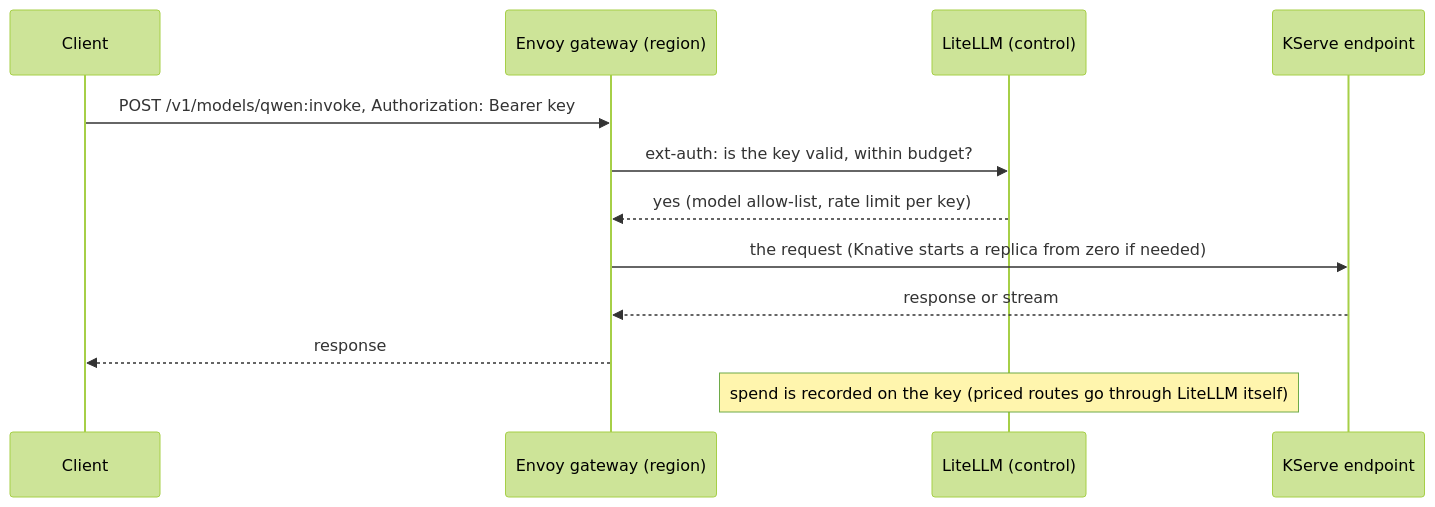
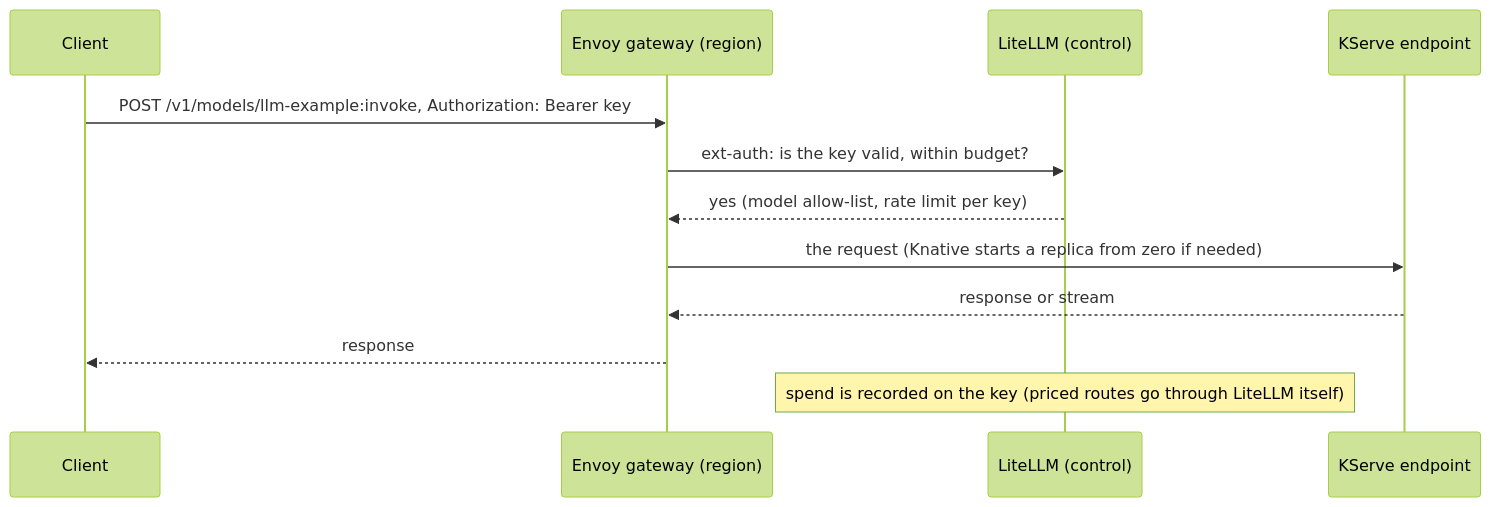
Before and after one commit to nebius/nebius-solutions-library: the second of 3 diagrams in k8s-inference/docs/ARCHITECTURE.md, drawn with Mermaid (forest theme). The commit also changed other lines of this file and 94 other files, not shown here.

````diff
--- a/k8s-inference/docs/ARCHITECTURE.md
+++ b/k8s-inference/docs/ARCHITECTURE.md
@@ -60,14 +94,14 @@
 ```mermaid
 sequenceDiagram
     participant C as Client
     participant GW as Envoy gateway (region)
     participant L as LiteLLM (control)
     participant E as KServe endpoint
-    C->>GW: POST /v1/models/qwen:invoke, Authorization: Bearer key
+    C->>GW: POST /v1/models/llm-example:invoke, Authorization: Bearer key
     GW->>L: ext-auth: is the key valid, within budget?
     L-->>GW: yes (model allow-list, rate limit per key)
     GW->>E: the request (Knative starts a replica from zero if needed)
     E-->>GW: response or stream
     GW-->>C: response
     Note over L: spend is recorded on the key (priced routes go through LiteLLM itself)
 ```
````
